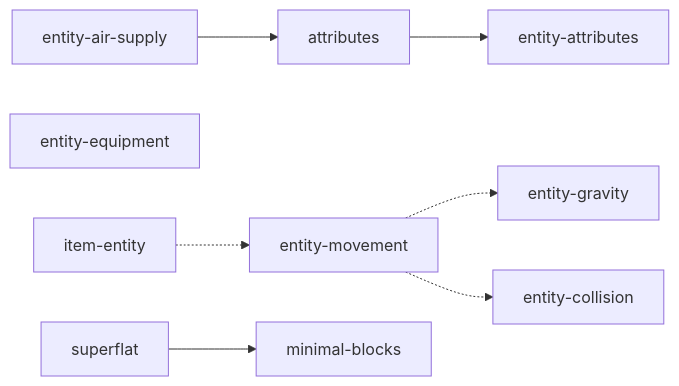
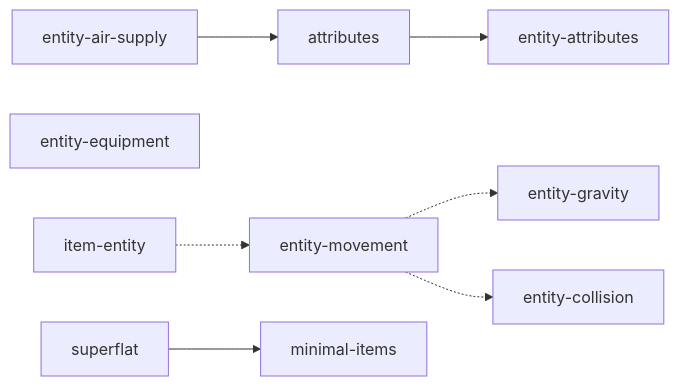
Before and after one commit to yPerfectBR/OrionServerBE: the second of 2 diagrams in docs/en_us/plugins/22-vanilla-extraction-overview.md, drawn with Mermaid. The commit also changed other lines of this file and 22 other files, not shown here.

First line of the commit message:
docs: mark phase 28 implemented and point to orion:minimal-items

````diff
--- a/docs/en_us/plugins/22-vanilla-extraction-overview.md
+++ b/docs/en_us/plugins/22-vanilla-extraction-overview.md
@@ -102,20 +102,20 @@
 ```mermaid
 flowchart LR
   grav[entity-gravity]
   col[entity-collision]
   mov[entity-movement]
   eattr[entity-attributes]
   attr[attributes]
   air[entity-air-supply]
   equip[entity-equipment]
   itemEnt[item-entity]
-  minB[minimal-blocks]
+  minB[minimal-items]
   flat[superflat]
 
   mov -.-> grav
   mov -.-> col
   attr --> eattr
   air --> attr
   flat --> minB
   itemEnt -.-> mov
 ```
````
